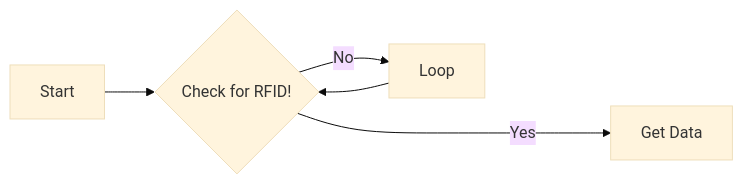
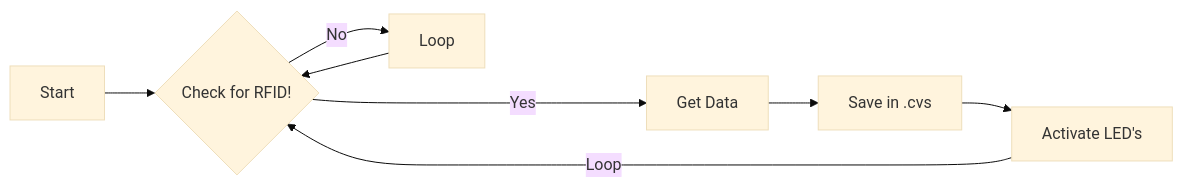
Before and after one commit to Kuriyy/Smart-Lock: the diagram in Readme.md, drawn with Mermaid (base theme).

Commit message:
loop man

````diff
--- a/Readme.md
+++ b/Readme.md
@@ -164,7 +164,10 @@
 ```mermaid
 graph LR;
     A[Start] --> B{Check for RFID!}
     B -->|No| D[Loop]
     D --> B
     B ---->|Yes| E[Get Data]
+    E --> F[Save in .cvs]
+    F --> G[Activate LED's]
+    G -->|Loop| B
 ```
````
